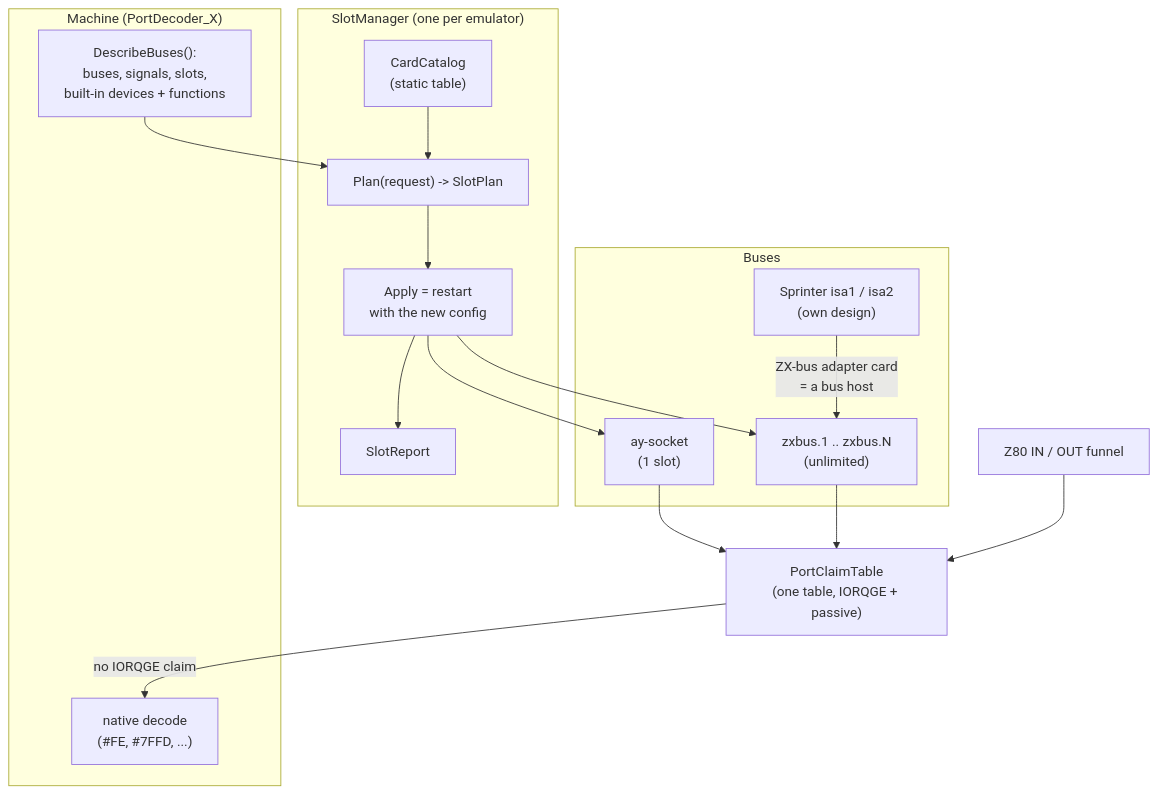
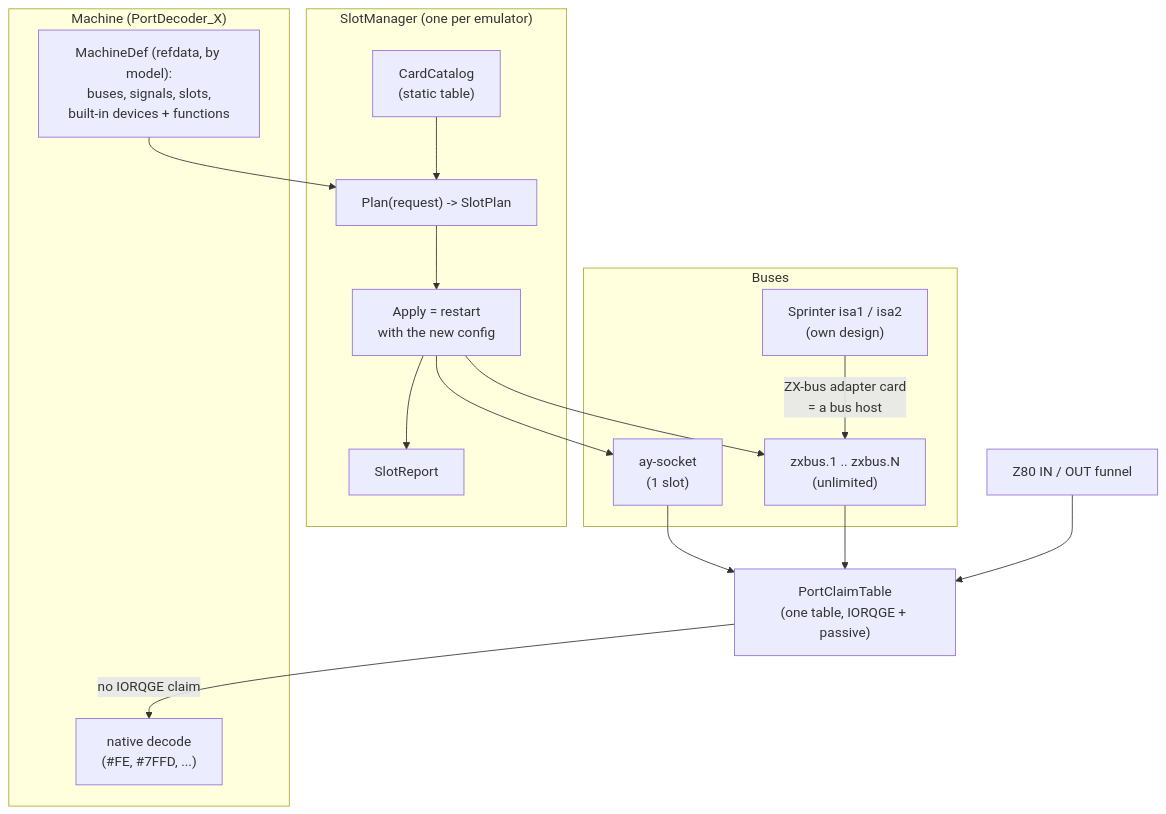
One commit to alfishe/unreal-ng changed the diagram in docs/inprogress/2026-10-03-zx-bus-slots/architecture.md. Above: the diagram before and after it, drawn with Mermaid. The commit also changed other lines of this file and 24 other files, not shown here.

````diff
--- a/docs/inprogress/2026-10-03-zx-bus-slots/architecture.md
+++ b/docs/inprogress/2026-10-03-zx-bus-slots/architecture.md
@@ -56,32 +56,32 @@
 ```mermaid
 flowchart TB
     subgraph Machine["Machine (PortDecoder_X)"]
-        DECL["DescribeBuses():<br/>buses, signals, slots,<br/>built-in devices + functions"]
+        DECL["MachineDef (refdata, by model):<br/>buses, signals, slots,<br/>built-in devices + functions"]
         NATIVE["native decode<br/>(#FE, #7FFD, ...)"]
     end
     subgraph Slots["SlotManager (one per emulator)"]
         CAT["CardCatalog<br/>(static table)"]
         PLAN["Plan(request) -> SlotPlan"]
         APPLY["Apply = restart<br/>with the new config"]
         REP["SlotReport"]
     end
     subgraph Buses
         AYS["ay-socket<br/>(1 slot)"]
         ZXB["zxbus.1 .. zxbus.N<br/>(unlimited)"]
         ISA["Sprinter isa1 / isa2<br/>(own design)"]
     end
     CLAIMS["PortClaimTable<br/>(one table, IORQGE + passive)"]
     Z80["Z80 IN / OUT funnel"]
 
     DECL --> PLAN
     CAT --> PLAN
     PLAN --> APPLY
     APPLY --> AYS
     APPLY --> ZXB
     ISA -- "ZX-bus adapter card<br/>= a bus host" --> ZXB
     AYS --> CLAIMS
     ZXB --> CLAIMS
     Z80 --> CLAIMS
     CLAIMS -- "no IORQGE claim" --> NATIVE
     APPLY --> REP
 ```
````
